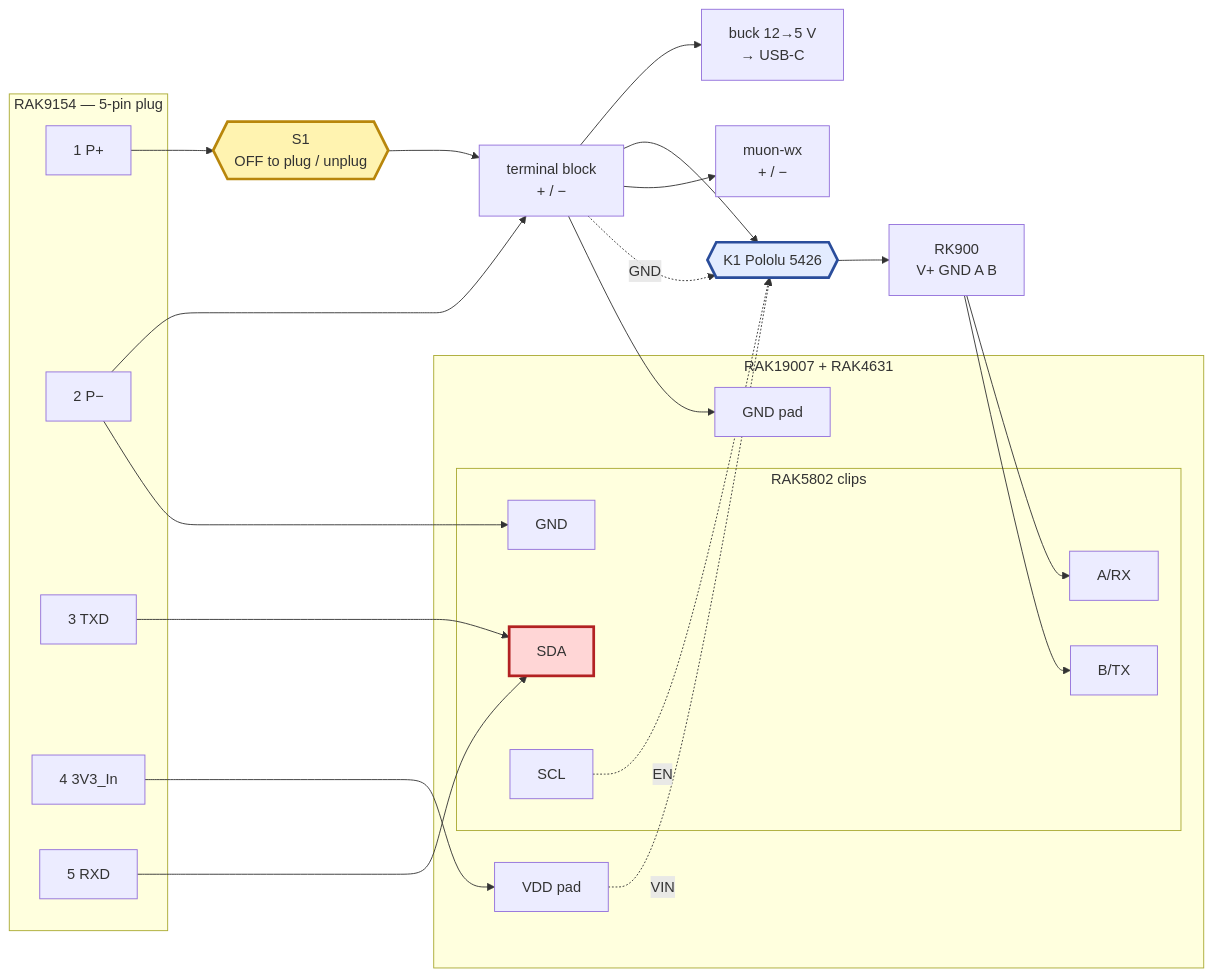
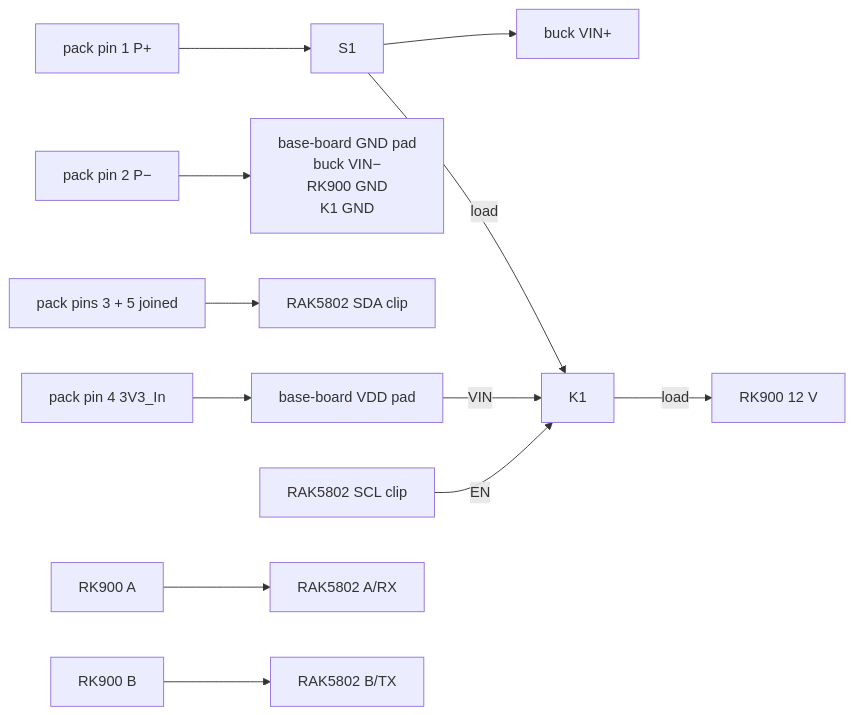
Before and after one commit to disruptivepatternmaterial/rak-sensor-node-but-better: the diagram in docs/BUILD.md, drawn with Mermaid. The commit also changed other lines of this file and 3 other files, not shown here.

````diff
--- a/docs/BUILD.md
+++ b/docs/BUILD.md
@@ -28,51 +28,18 @@
 ```mermaid
 flowchart LR
-    subgraph PACK["RAK9154 — 5-pin plug"]
-        P1["1  P+"]
-        P2["2  P−"]
-        P3["3  TXD"]
-        P4["4  3V3_In"]
-        P5["5  RXD"]
-    end
+    P1["pack pin 1  P+"] --> S1["S1"]
+    S1 --> BUCK["buck VIN+"]
+    S1 -->|load| K1["K1"]
+    K1 -->|load| RK12["RK900 12 V"]
 
-    S1{{"S1<br/>OFF to plug / unplug"}}
-    BUS["terminal block<br/>+ / −"]
+    P2["pack pin 2  P−"] --> GND["base-board GND pad<br/>buck VIN−<br/>RK900 GND<br/>K1 GND"]
 
-    BUCK["buck 12→5 V<br/>→ USB-C"]
-    K1{{"K1  Pololu 5426"}}
-    RK["RK900<br/>V+  GND  A  B"]
-    MUON["muon-wx<br/>+ / −"]
+    P35["pack pins 3 + 5  joined"] --> SDA["RAK5802 SDA clip"]
 
-    subgraph BOARD["RAK19007 + RAK4631"]
-        GNDPAD["GND pad"]
-        VDDPAD["VDD pad"]
-        subgraph R5802["RAK5802 clips"]
-            GNDC["GND"]
-            SDAC["SDA"]
-            SCLC["SCL"]
-            AC["A/RX"]
-            BC["B/TX"]
-        end
-    end
+    P4["pack pin 4  3V3_In"] --> VDD["base-board VDD pad"]
+    VDD -->|VIN| K1
+    SCL["RAK5802 SCL clip"] -->|EN| K1
 
-    P1 --> S1 --> BUS
-    P2 --> BUS
-    P2 --> GNDC
-    BUS --> BUCK
-    BUS --> K1 --> RK
-    BUS --> MUON
-    BUS --> GNDPAD
-    RK --> AC
-    RK --> BC
-
-    P3 & P5 --> SDAC
-    P4 --> VDDPAD
-
-    VDDPAD -. VIN .-> K1
-    SCLC -. EN .-> K1
-    BUS -. GND .-> K1
-
-    style S1 fill:#fff3b0,stroke:#b8860b,stroke-width:3px
-    style K1 fill:#e3ecff,stroke:#2a4d9b,stroke-width:3px
-    style SDAC fill:#ffd6d6,stroke:#b22222,stroke-width:3px
+    RKA["RK900 A"] --> A["RAK5802 A/RX"]
+    RKB["RK900 B"] --> B["RAK5802 B/TX"]
 ```
````
